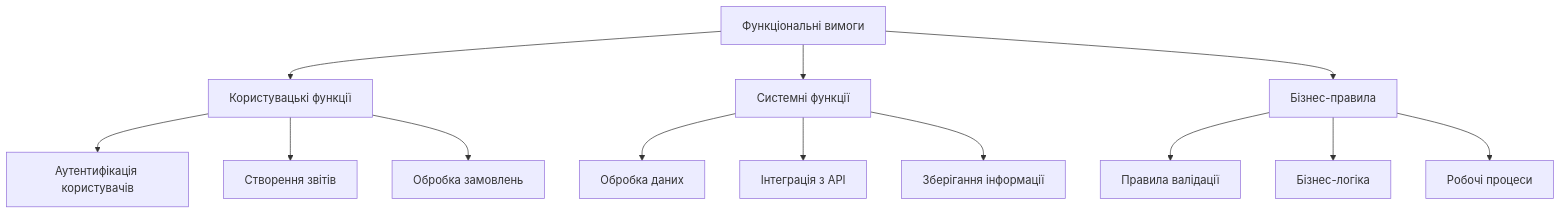
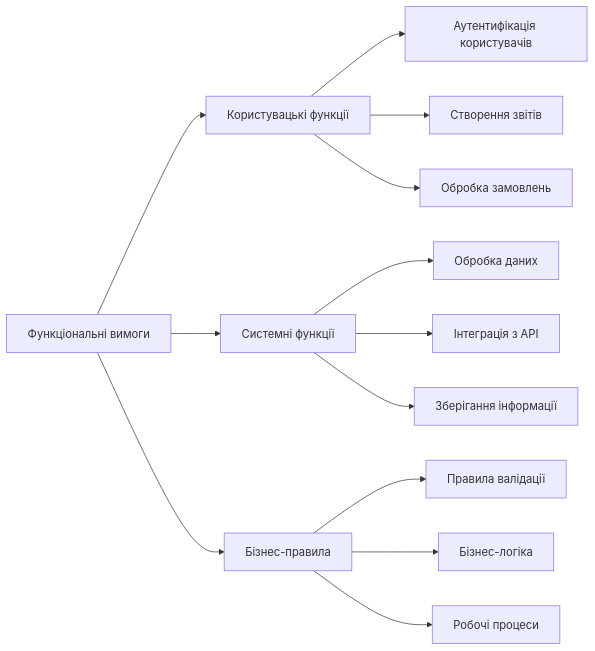
Before and after one commit to olroi421/course-opi: the first of 14 diagrams in docs/lectures/lecture-04.md, drawn with Mermaid.

````diff
--- a/docs/lectures/lecture-04.md
+++ b/docs/lectures/lecture-04.md
@@ -19,18 +19,18 @@
 ```mermaid
-graph TD
+graph LR
     A[Функціональні вимоги] --> B[Користувацькі функції]
     A --> C[Системні функції]
     A --> D[Бізнес-правила]
 
     B --> E[Аутентифікація користувачів]
     B --> F[Створення звітів]
     B --> G[Обробка замовлень]
 
     C --> H[Обробка даних]
     C --> I[Інтеграція з API]
     C --> J[Зберігання інформації]
 
     D --> K[Правила валідації]
     D --> L[Бізнес-логіка]
     D --> M[Робочі процеси]
 ```
````
